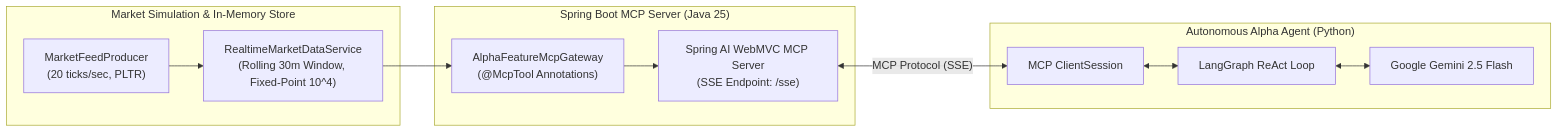
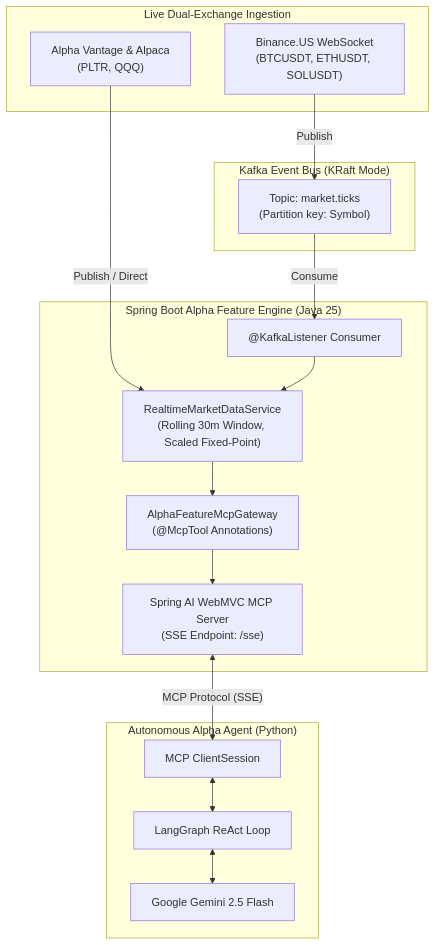
Before and after one commit to sudaredd/alpha-feature-engine: the diagram in README.md, drawn with Mermaid. The commit also changed other lines of this file, not shown here.

Commit message:
docs: update README with Kafka architecture, local runners, and agent instructions

````diff
--- a/README.md
+++ b/README.md
@@ -11,17 +11,31 @@
 ```mermaid
-flowchart LR
-    subgraph MarketDataFeed ["Market Simulation & In-Memory Store"]
-        TickGen["MarketFeedProducer<br/>(20 ticks/sec, PLTR)"] --> Store["RealtimeMarketDataService<br/>(Rolling 30m Window, Fixed-Point 10^4)"]
+flowchart TD
+    subgraph Ingestion ["Live Dual-Exchange Ingestion"]
+        BinanceWS["Binance.US WebSocket<br/>(BTCUSDT, ETHUSDT, SOLUSDT)"]
+        AlphaVantage["Alpha Vantage & Alpaca<br/>(PLTR, QQQ)"]
     end
 
-    subgraph SpringBootApp ["Spring Boot MCP Server (Java 25)"]
-        Store --> Gateway["AlphaFeatureMcpGateway<br/>(@McpTool Annotations)"]
-        Gateway --> MCPEndpoint["Spring AI WebMVC MCP Server<br/>(SSE Endpoint: /sse)"]
+    subgraph KafkaBroker ["Kafka Event Bus (KRaft Mode)"]
+        Topic["Topic: market.ticks<br/>(Partition key: Symbol)"]
+    end
+
+    subgraph Engine ["Spring Boot Alpha Feature Engine (Java 25)"]
+        Consumer["@KafkaListener Consumer"]
+        Store["RealtimeMarketDataService<br/>(Rolling 30m Window, Scaled Fixed-Point)"]
+        Gateway["AlphaFeatureMcpGateway<br/>(@McpTool Annotations)"]
+        MCPEndpoint["Spring AI WebMVC MCP Server<br/>(SSE Endpoint: /sse)"]
     end
 
     subgraph AIAgent ["Autonomous Alpha Agent (Python)"]
         MCPEndpoint <-->|"MCP Protocol (SSE)"| Client["MCP ClientSession"]
         Client <--> ReAct["LangGraph ReAct Loop"]
         ReAct <--> LLM["Google Gemini 2.5 Flash"]
     end
+
+    BinanceWS -->|Publish| Topic
+    AlphaVantage -->|Publish / Direct| Store
+    Topic -->|Consume| Consumer
+    Consumer --> Store
+    Store --> Gateway
+    Gateway --> MCPEndpoint
 ```
````
